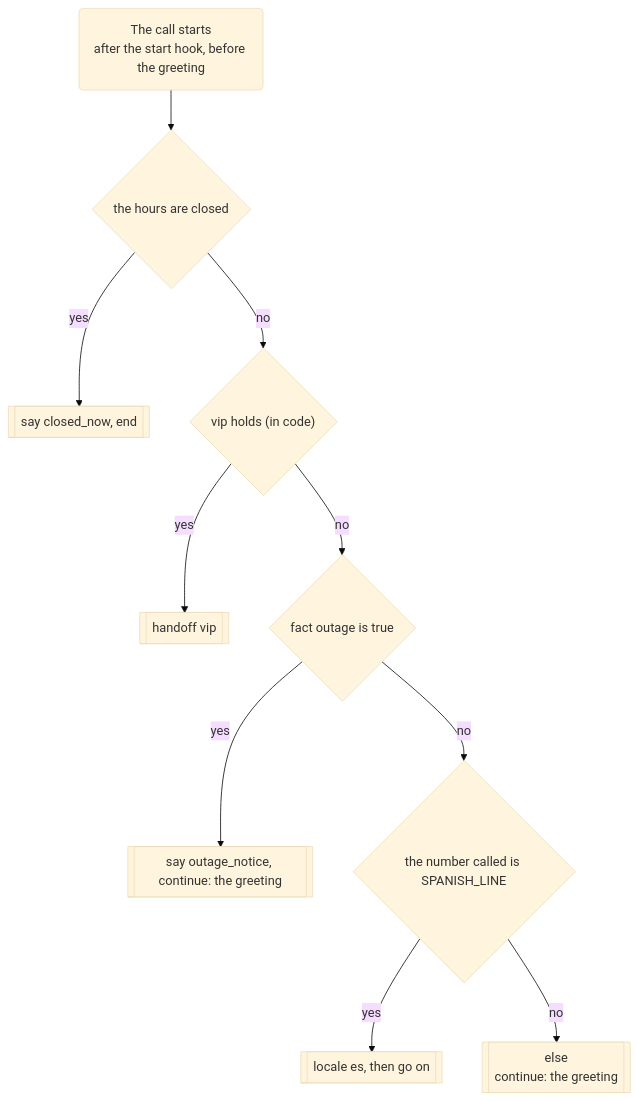
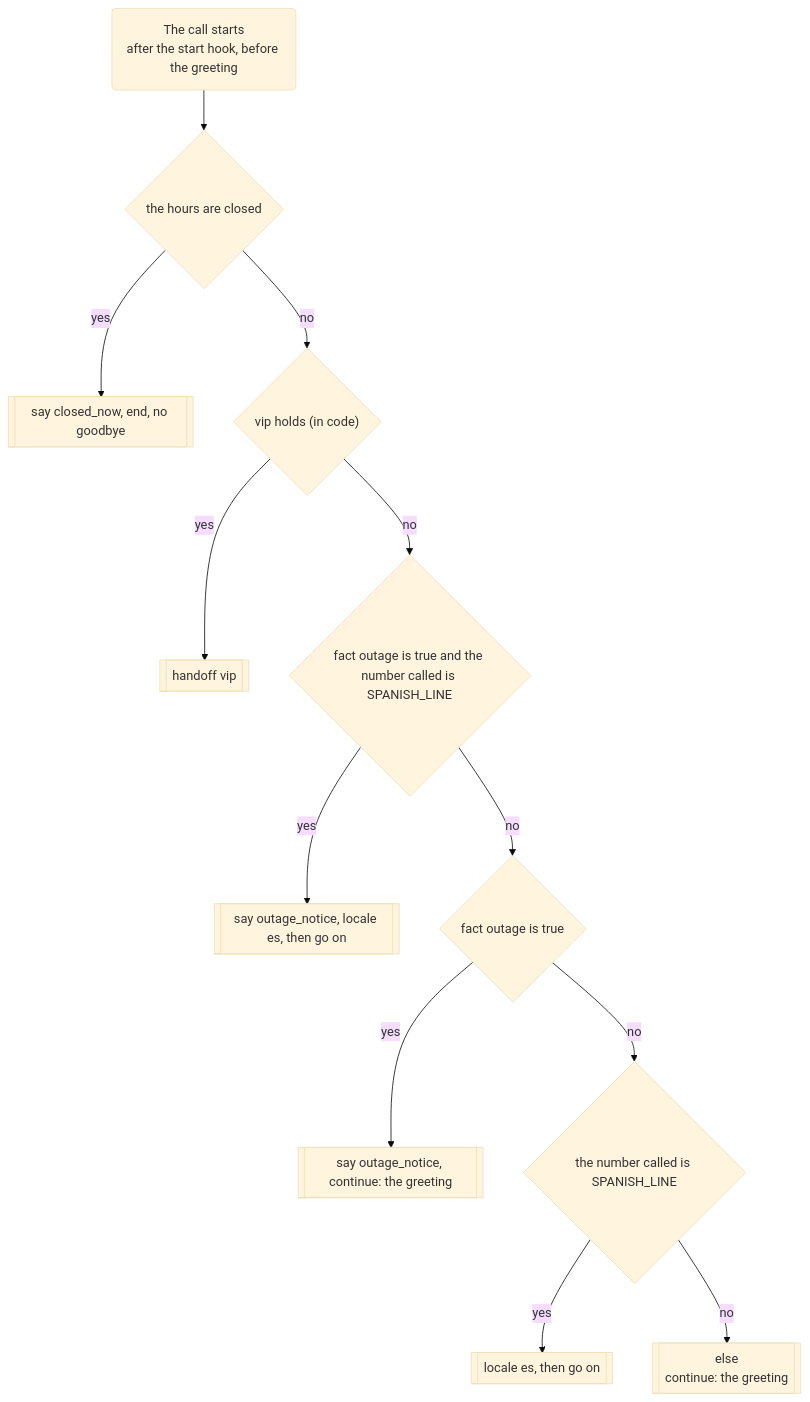
One commit to DialogWright/dialogwright changed the fifth of 8 diagrams in packages/dialogwright/src/testing/routed/APP-MAP.md. Above: the diagram before and after it, drawn with Mermaid (base theme). The commit also changed 50 other files, not shown here.

````diff
--- a/packages/dialogwright/src/testing/routed/APP-MAP.md
+++ b/packages/dialogwright/src/testing/routed/APP-MAP.md
@@ -100,22 +100,26 @@
 ```mermaid
 flowchart TD
   p_start("The call starts<br/>after the start hook, before the greeting")
   w_start_0{"the hours are closed"}
   p_start --> w_start_0
-  o_start_0[["say closed_now, end"]]
+  o_start_0[["say closed_now, end, no goodbye"]]
   w_start_0 -->|"yes"| o_start_0
   w_start_1{"vip holds (in code)"}
   w_start_0 -->|"no"| w_start_1
   o_start_1[["handoff vip"]]
   w_start_1 -->|"yes"| o_start_1
-  w_start_2{"fact outage is true"}
+  w_start_2{"fact outage is true and the number called is SPANISH_LINE"}
   w_start_1 -->|"no"| w_start_2
-  o_start_2[["say outage_notice, continue: the greeting"]]
+  o_start_2[["say outage_notice, locale es, then go on"]]
   w_start_2 -->|"yes"| o_start_2
-  w_start_3{"the number called is SPANISH_LINE"}
+  w_start_3{"fact outage is true"}
   w_start_2 -->|"no"| w_start_3
-  o_start_3[["locale es, then go on"]]
+  o_start_3[["say outage_notice, continue: the greeting"]]
   w_start_3 -->|"yes"| o_start_3
-  o_start_4[["else<br/>continue: the greeting"]]
-  w_start_3 -->|"no"| o_start_4
+  w_start_4{"the number called is SPANISH_LINE"}
+  w_start_3 -->|"no"| w_start_4
+  o_start_4[["locale es, then go on"]]
+  w_start_4 -->|"yes"| o_start_4
+  o_start_5[["else<br/>continue: the greeting"]]
+  w_start_4 -->|"no"| o_start_5
 ```
````
